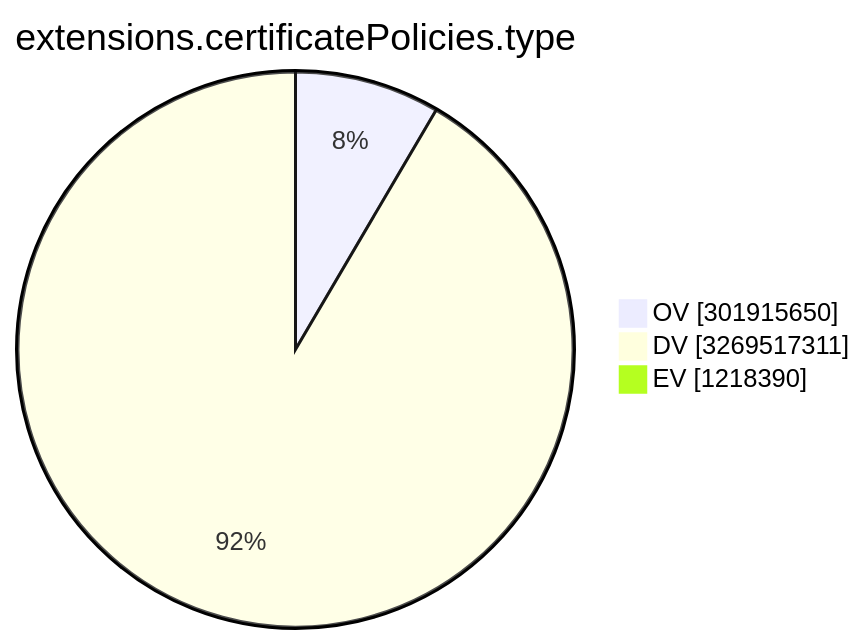
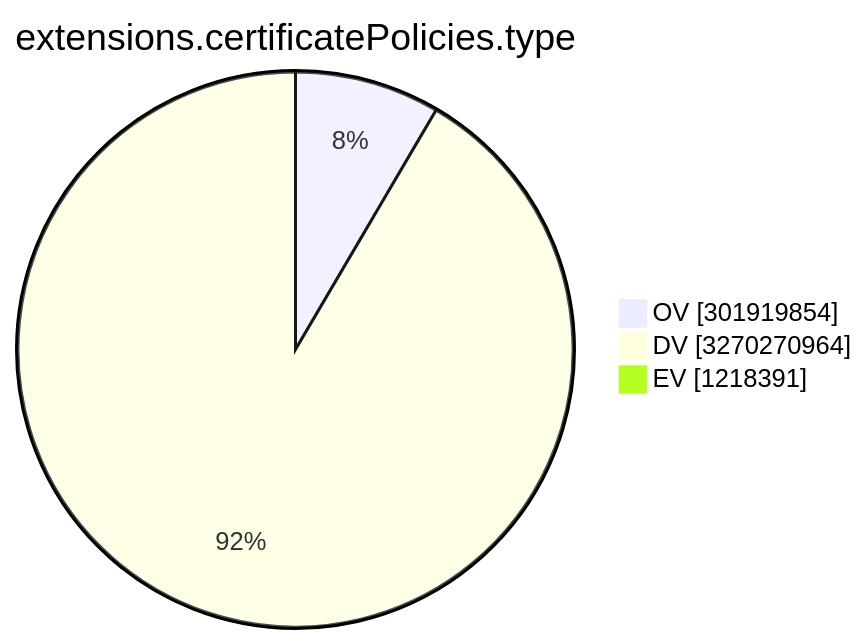
The ninth of 15 diagrams in TOTAL/README.md (christiankrug/ctmonitor_visualization), drawn with Mermaid before and after one commit. The commit also changed other lines of this file, not shown here.

````diff
--- a/TOTAL/README.md
+++ b/TOTAL/README.md
@@ -3107,7 +3107,7 @@
 ```mermaid
 pie showData
 title extensions.certificatePolicies.type
-"OV" :301915650
-"DV" :3269517311
-"EV" :1218390
+"OV" :301919854
+"DV" :3270270964
+"EV" :1218391
 ```
````
